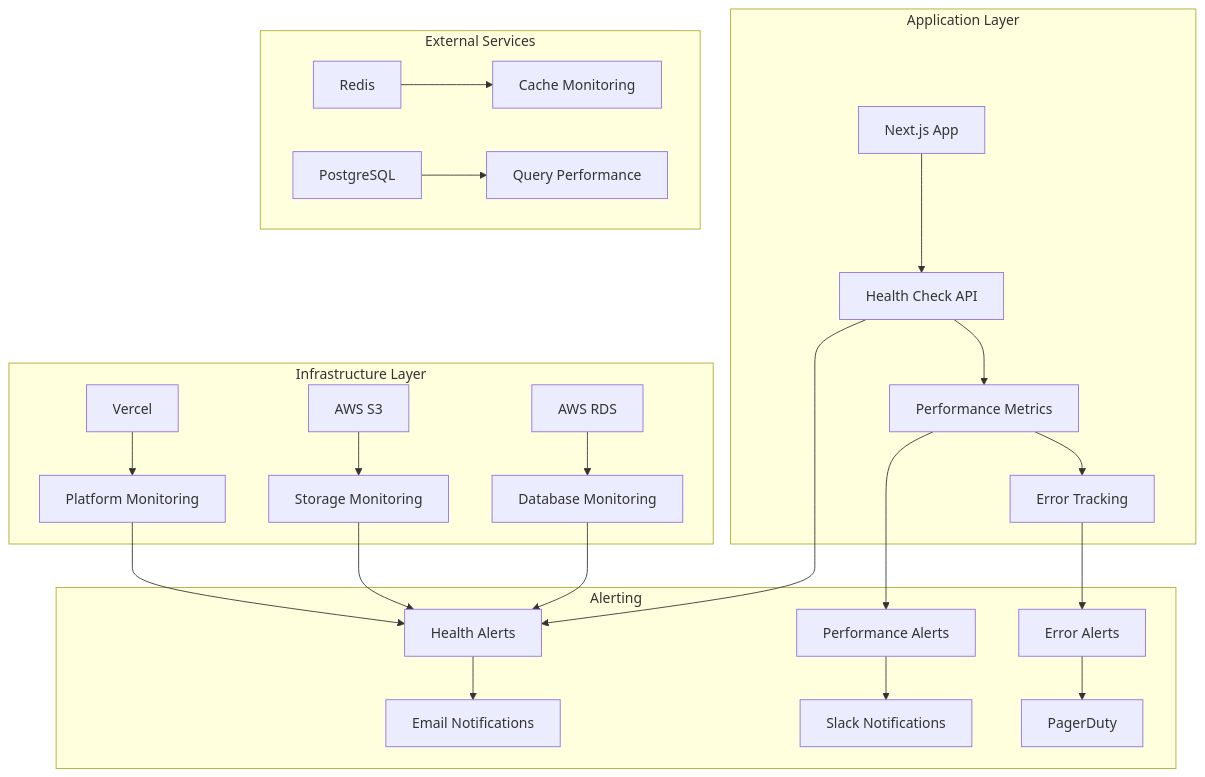
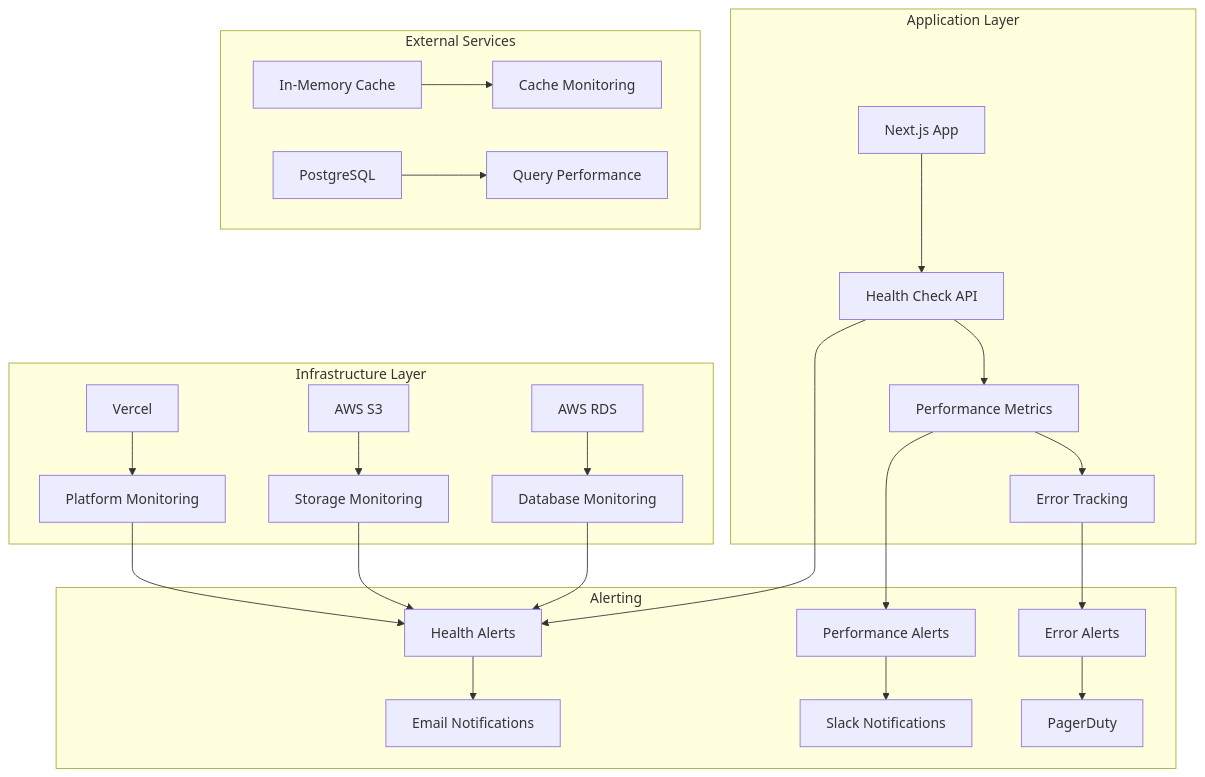
One commit to innovationwizard/IngePro changed the diagram in docs/architecture/monitoring-architecture.md. Above: the diagram before and after it, drawn with Mermaid. The commit also changed other lines of this file and 9 other files, not shown here.

First line of the commit message:
Remove all Redis references from documentation and architecture files

````diff
--- a/docs/architecture/monitoring-architecture.md
+++ b/docs/architecture/monitoring-architecture.md
@@ -4,32 +4,32 @@
 ```mermaid
 graph TB
     subgraph "Application Layer"
         A[Next.js App] --> B[Health Check API]
         B --> C[Performance Metrics]
         C --> D[Error Tracking]
     end
     
     subgraph "Infrastructure Layer"
         E[AWS RDS] --> F[Database Monitoring]
         G[AWS S3] --> H[Storage Monitoring]
         I[Vercel] --> J[Platform Monitoring]
     end
     
     subgraph "External Services"
-        K[Redis] --> L[Cache Monitoring]
+        K[In-Memory Cache] --> L[Cache Monitoring]
         M[PostgreSQL] --> N[Query Performance]
     end
     
     subgraph "Alerting"
         O[Health Alerts] --> P[Email Notifications]
         Q[Performance Alerts] --> R[Slack Notifications]
         S[Error Alerts] --> T[PagerDuty]
     end
     
     B --> O
     C --> Q
     D --> S
     F --> O
     H --> O
     J --> O
 ```
````
